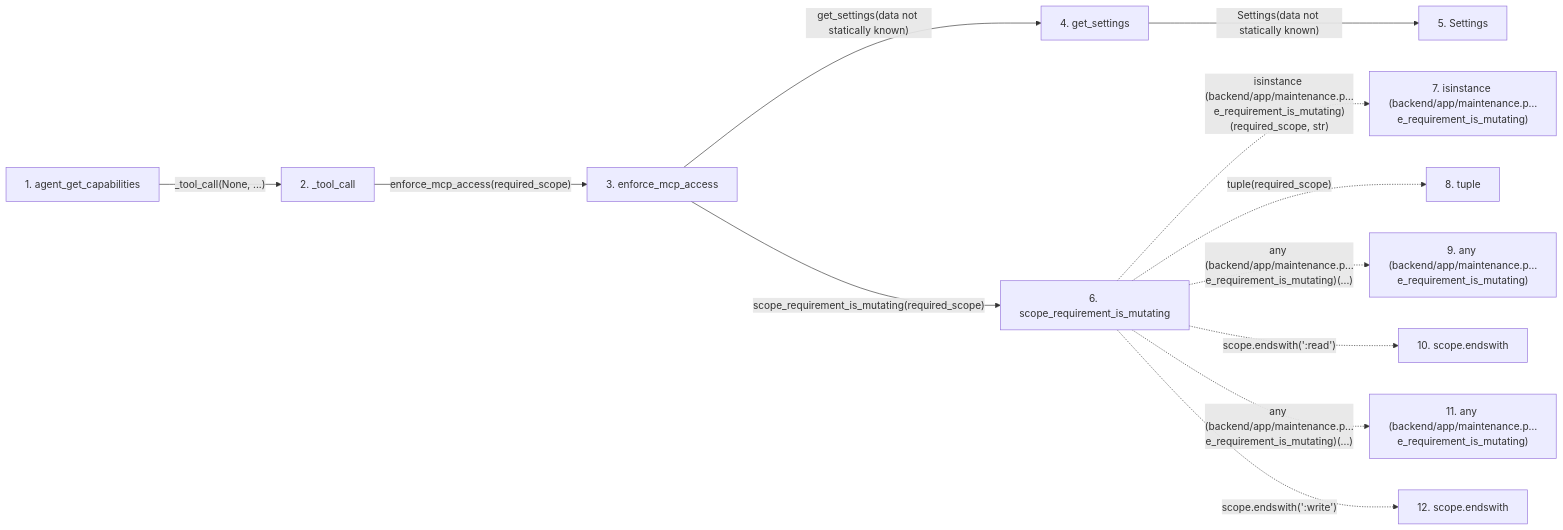
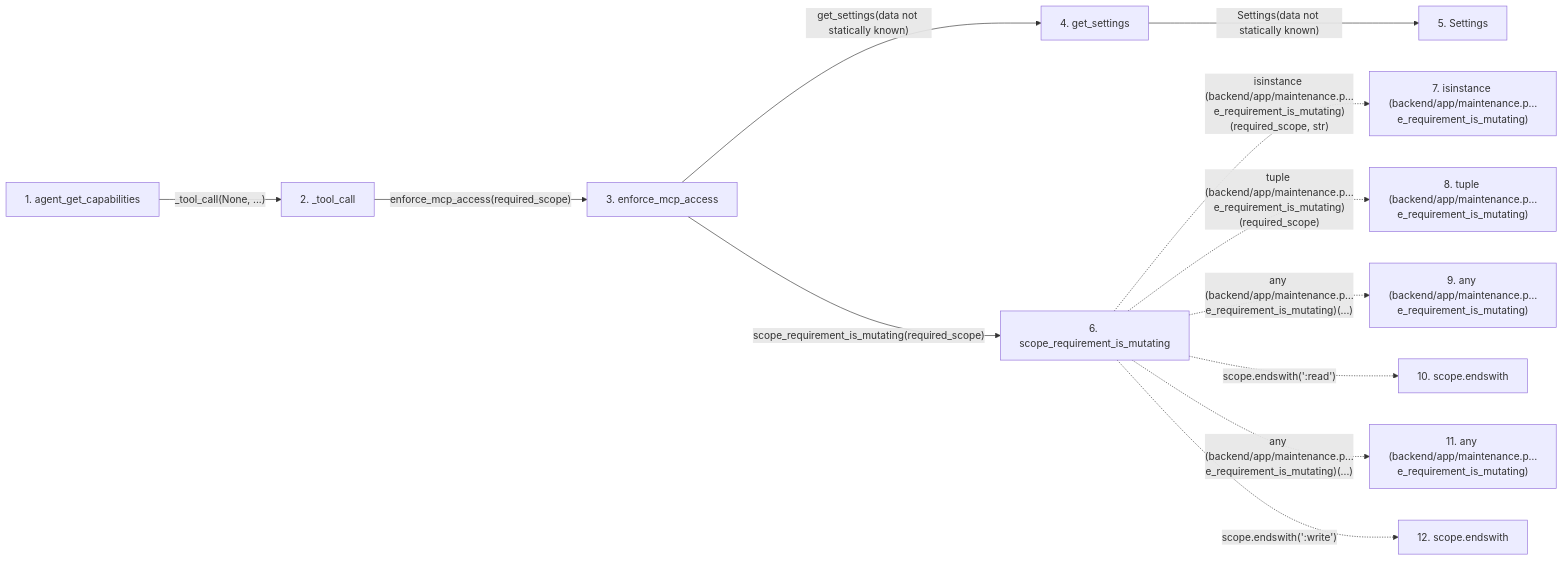
Before and after one commit to Denissvgn/WorkChord: the second of 2 diagrams in docs/llm_wiki/flows/mcp-agent_get_capabilities.md, drawn with Mermaid. The commit also changed other lines of this file and 25171 other files, not shown here.

````diff
--- a/docs/llm_wiki/flows/mcp-agent_get_capabilities.md
+++ b/docs/llm_wiki/flows/mcp-agent_get_capabilities.md
@@ -98,32 +155,32 @@
 ```mermaid
 flowchart LR
     s1["1. agent_get_capabilities"]
     s2["2. _tool_call"]
     s3["3. enforce_mcp_access"]
     s4["4. get_settings"]
     s5["5. Settings"]
     s6["6. scope_requirement_is_mutating"]
     s7["7. isinstance (backend/app/maintenance.p…e_requirement_is_mutating)"]
-    s8["8. tuple"]
+    s8["8. tuple (backend/app/maintenance.p…e_requirement_is_mutating)"]
     s9["9. any (backend/app/maintenance.p…e_requirement_is_mutating)"]
     s10["10. scope.endswith"]
     s11["11. any (backend/app/maintenance.p…e_requirement_is_mutating)"]
     s12["12. scope.endswith"]
     s1 -->|"_tool_call(None, ...)"| s2
     s2 -->|"enforce_mcp_access(required_scope)"| s3
     s3 -->|"get_settings(data not statically known)"| s4
     s4 -->|"Settings(data not statically known)"| s5
     s3 -->|"scope_requirement_is_mutating(required_scope)"| s6
     s6 -. "isinstance (backend/app/maintenance.p…e_requirement_is_mutating)(required_scope, str)" .-> s7
-    s6 -. "tuple(required_scope)" .-> s8
+    s6 -. "tuple (backend/app/maintenance.p…e_requirement_is_mutating)(required_scope)" .-> s8
     s6 -. "any (backend/app/maintenance.p…e_requirement_is_mutating)(...)" .-> s9
     s6 -. "scope.endswith(':read')" .-> s10
     s6 -. "any (backend/app/maintenance.p…e_requirement_is_mutating)(...)" .-> s11
     s6 -. "scope.endswith(':write')" .-> s12
     click s1 "../modules/mcp_server.md"
     click s2 "../modules/mcp_server.md"
     click s3 "../modules/maintenance.md"
     click s4 "../modules/config.md"
     click s5 "../modules/config.md"
     click s6 "../modules/maintenance.md"
 ```
````
